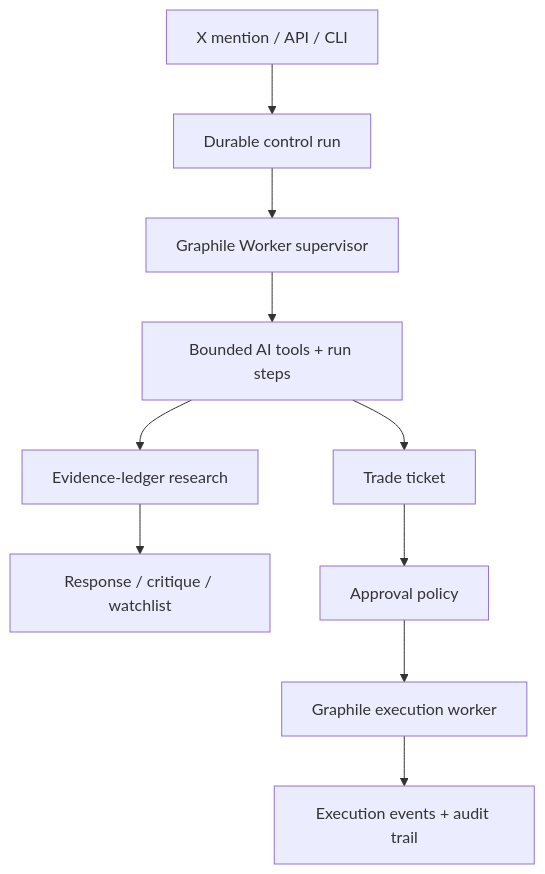
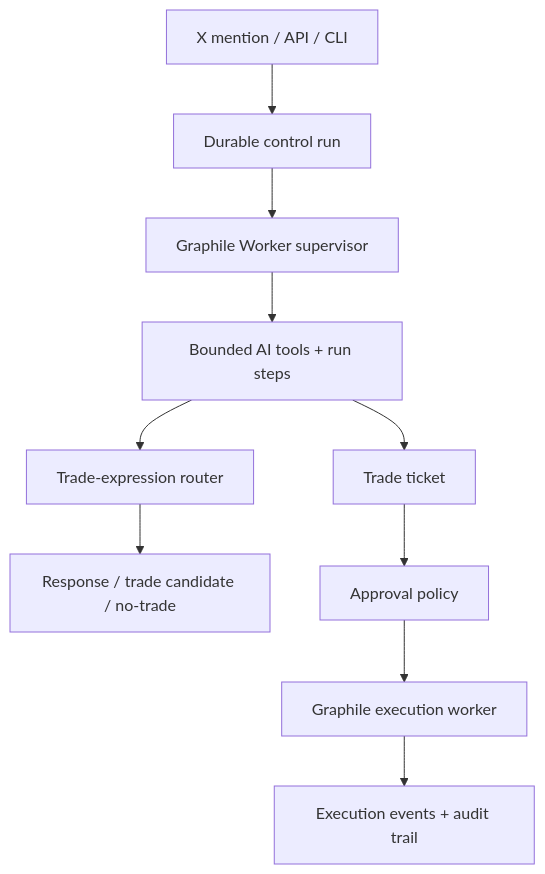
The diagram in README.md (CyberVerse2/cassie), drawn with Mermaid before and after one commit. The commit also changed other lines of this file and 33 other files, not shown here.

````diff
--- a/README.md
+++ b/README.md
@@ -9,12 +9,12 @@
 ```mermaid
 flowchart TD
   User["X mention / API / CLI"] --> Intake["Durable control run"]
   Intake --> Supervisor["Graphile Worker supervisor"]
   Supervisor --> Tools["Bounded AI tools + run steps"]
-  Tools --> Research["Evidence-ledger research"]
+  Tools --> Router["Trade-expression router"]
   Tools --> Ticket["Trade ticket"]
-  Research --> Response["Response / critique / watchlist"]
+  Router --> Response["Response / trade candidate / no-trade"]
   Ticket --> Approval["Approval policy"]
   Approval --> Execution["Graphile execution worker"]
   Execution --> Audit["Execution events + audit trail"]
 ```
````
